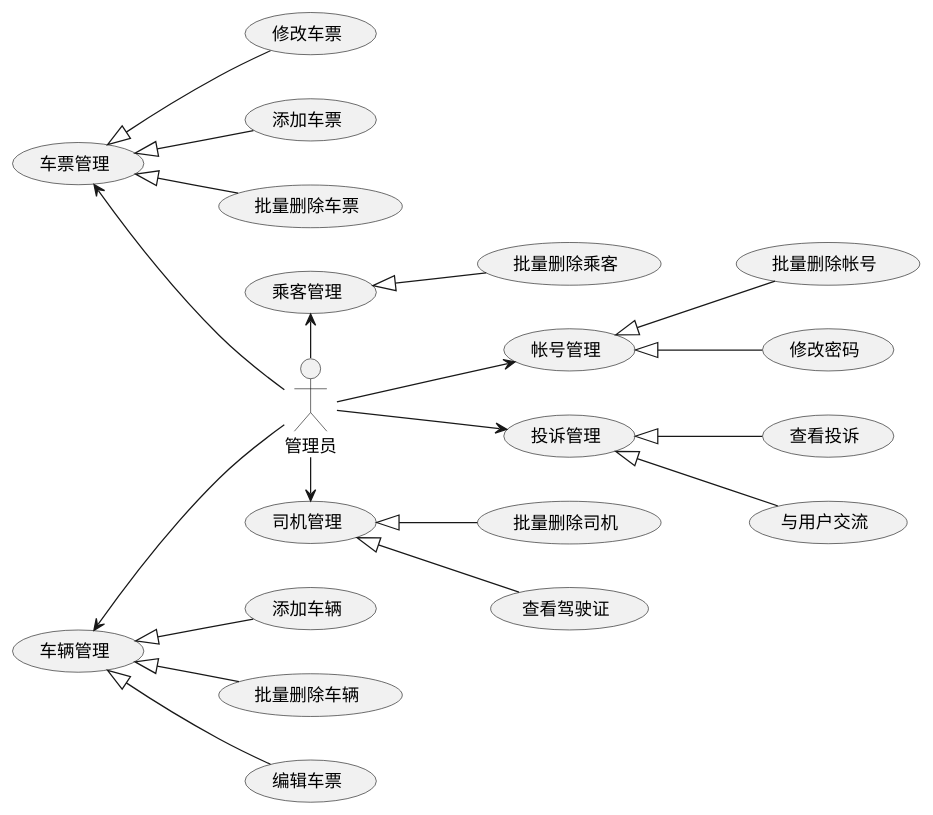
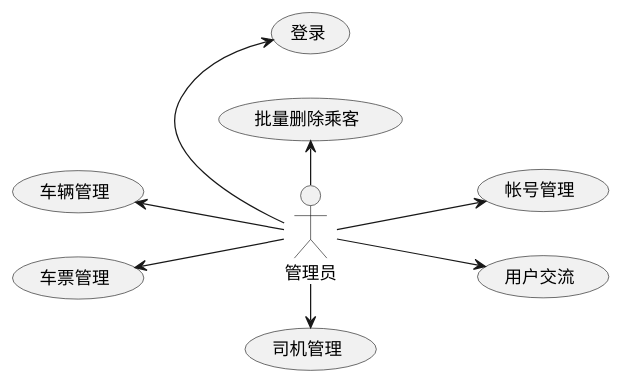
Before and after one commit to RZGGM/CarpoolingProjectBasedOnSringbootAndVue-Backend: the diagram in src/main/resources/uml/用例图/管理员.puml, drawn with PlantUML. The commit also changed 6 other files, not shown here.

Commit message:
完成了一些图

```diff
--- a/src/main/resources/uml/用例图/管理员.puml
+++ b/src/main/resources/uml/用例图/管理员.puml
@@ -1,34 +1,54 @@
 @startuml
 'https://plantuml.com/use-case-diagram
 
 left to right direction
+'
+'(车票管理)<|-- (修改车票)
+'(车票管理)<|--(添加车票)
+'(车票管理)<|--(批量删除车票)
+'
+'(乘客管理) <|-- (批量删除乘客)
+'
+'(司机管理) <|-- (批量删除司机)
+'(司机管理) <|-- (查看驾驶证)
+'
+'(帐号管理)<|-- (批量删除帐号)
+'(帐号管理)<|-- (修改密码)
+'
+'(车辆管理) <|-- (添加车辆)
+'(车辆管理) <|-- (批量删除车辆)
+'(车辆管理) <|-- (编辑车票)
+'
+'
+'(投诉管理) <|-- (查看投诉)
+'(投诉管理) <|-- (与用户交流)
 
-(车票管理)<|-- (修改车票)
-(车票管理)<|--(添加车票)
-(车票管理)<|--(批量删除车票)
+':管理员: -left-> (查看所有车票)
+':管理员: -up-> (修改车票)
+':管理员: -up-> (添加车票)
+':管理员: -up-> (批量删除车票)
 
-(乘客管理) <|-- (批量删除乘客)
+:管理员: -up-> (车票管理)
 
-(司机管理) <|-- (批量删除司机)
-(司机管理) <|-- (查看驾驶证)
+:管理员: -left-> (批量删除乘客)
 
-(帐号管理)<|-- (批量删除帐号)
-(帐号管理)<|-- (修改密码)
+':管理员: -right-> (批量删除司机)
+':管理员: -right-> (查看驾驶证)
+:管理员: -right-> (司机管理)
 
-(车辆管理) <|-- (添加车辆)
-(车辆管理) <|-- (批量删除车辆)
-(车辆管理) <|-- (编辑车票)
+':管理员: -down-> (批量删除帐号)
+':管理员: -down-> (修改密码)
+:管理员: -down-> (帐号管理)
+
+':管理员: -up-> (添加车辆)
+':管理员: -up-> (批量删除车辆)
+:管理员: -up-> (车辆管理)
 
 
-(投诉管理) <|-- (查看投诉)
-(投诉管理) <|-- (与用户交流)
+':管理员: --> (查看投诉)
+':管理员: --> (与用户交流)
+:管理员: --> (用户交流)
 
-
-:管理员: -up-> (车票管理)
-:管理员: -left-> (乘客管理)
-:管理员: -right-> (司机管理)
-:管理员: -down-> (帐号管理)
-:管理员: -up-> (车辆管理)
-:管理员: --> (投诉管理)
+:管理员: -left-> (登录)
 
 @enduml
```
